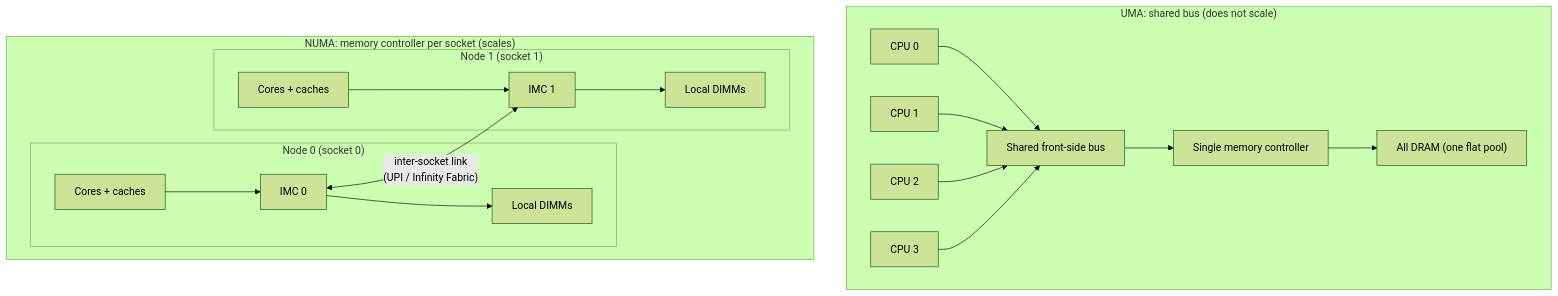
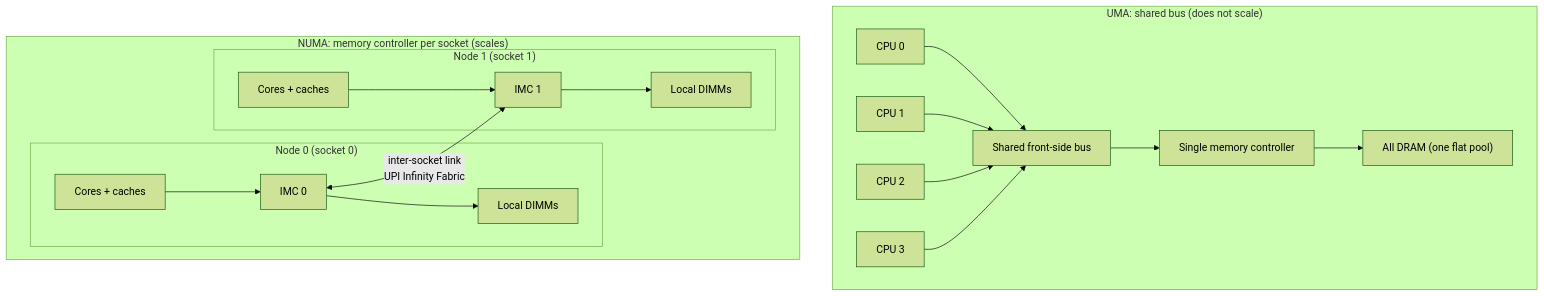
The first of 8 diagrams in vol-01-computer-architecture/ch06-numa.md (bumbsclaw/textbooks), drawn with Mermaid (forest theme) before and after one commit. The commit also changed other lines of this file and 173 other files, not shown here.

First line of the commit message:
fix(mermaid): close note brackets, semicolons in Notes, stateDiagram br -> dash, edge parens

````diff
--- a/vol-01-computer-architecture/ch06-numa.md
+++ b/vol-01-computer-architecture/ch06-numa.md
@@ -69,21 +69,21 @@
 ```mermaid
 flowchart TB
     subgraph UMA["UMA: shared bus (does not scale)"]
       C0["CPU 0"] --> BUS["Shared front-side bus"]
       C1["CPU 1"] --> BUS
       C2["CPU 2"] --> BUS
       C3["CPU 3"] --> BUS
       BUS --> MC["Single memory controller"]
       MC --> MEM["All DRAM (one flat pool)"]
     end
     subgraph NUMA["NUMA: memory controller per socket (scales)"]
       direction LR
       subgraph N0["Node 0 (socket 0)"]
         S0["Cores + caches"] --> IMC0["IMC 0"] --> D0["Local DIMMs"]
       end
       subgraph N1["Node 1 (socket 1)"]
         S1["Cores + caches"] --> IMC1["IMC 1"] --> D1["Local DIMMs"]
       end
-      IMC0 <-->|"inter-socket link<br/>(UPI / Infinity Fabric)"| IMC1
+      IMC0 <-->|"inter-socket link<br > UPI Infinity Fabric "| IMC1
     end
 ```
````
